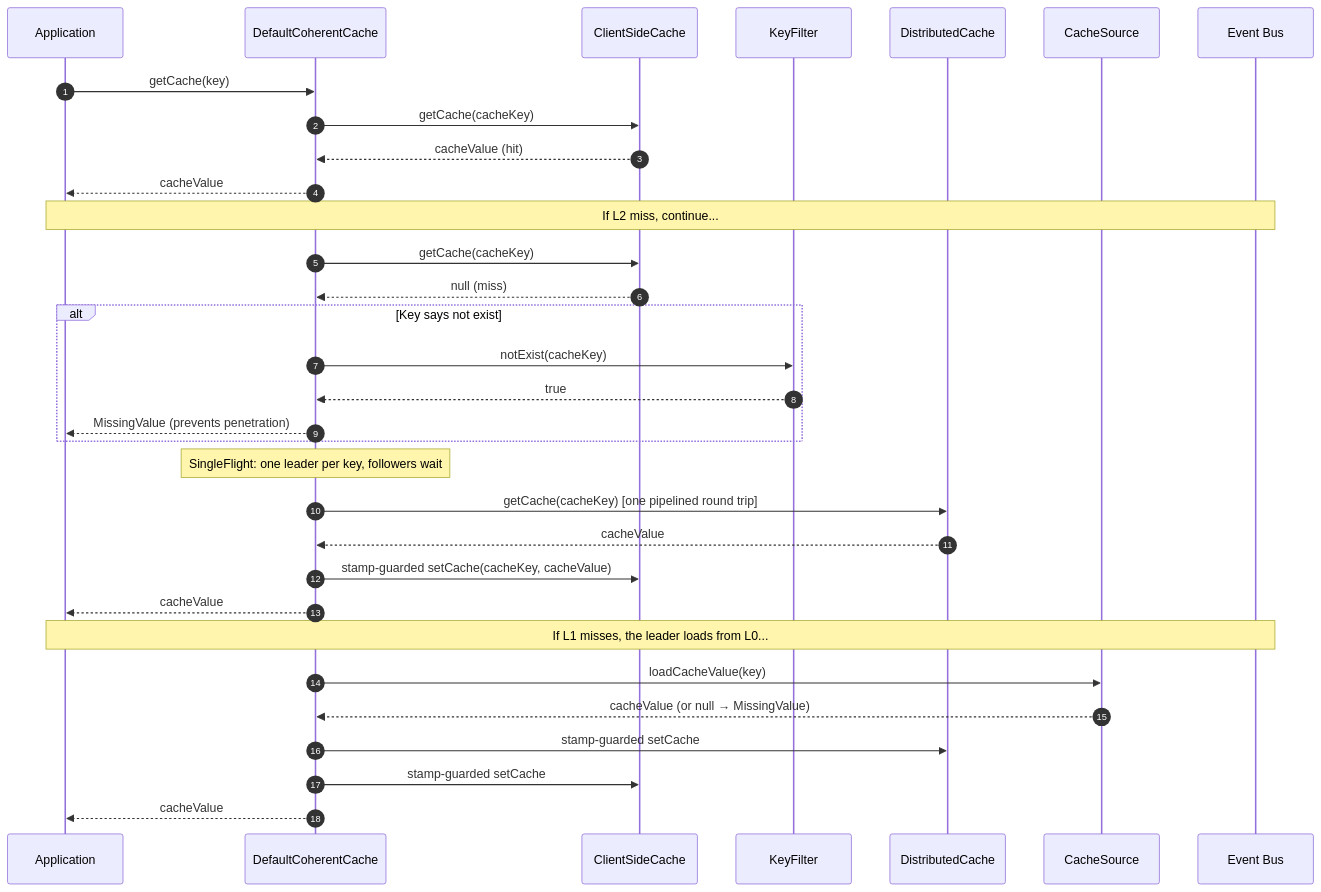
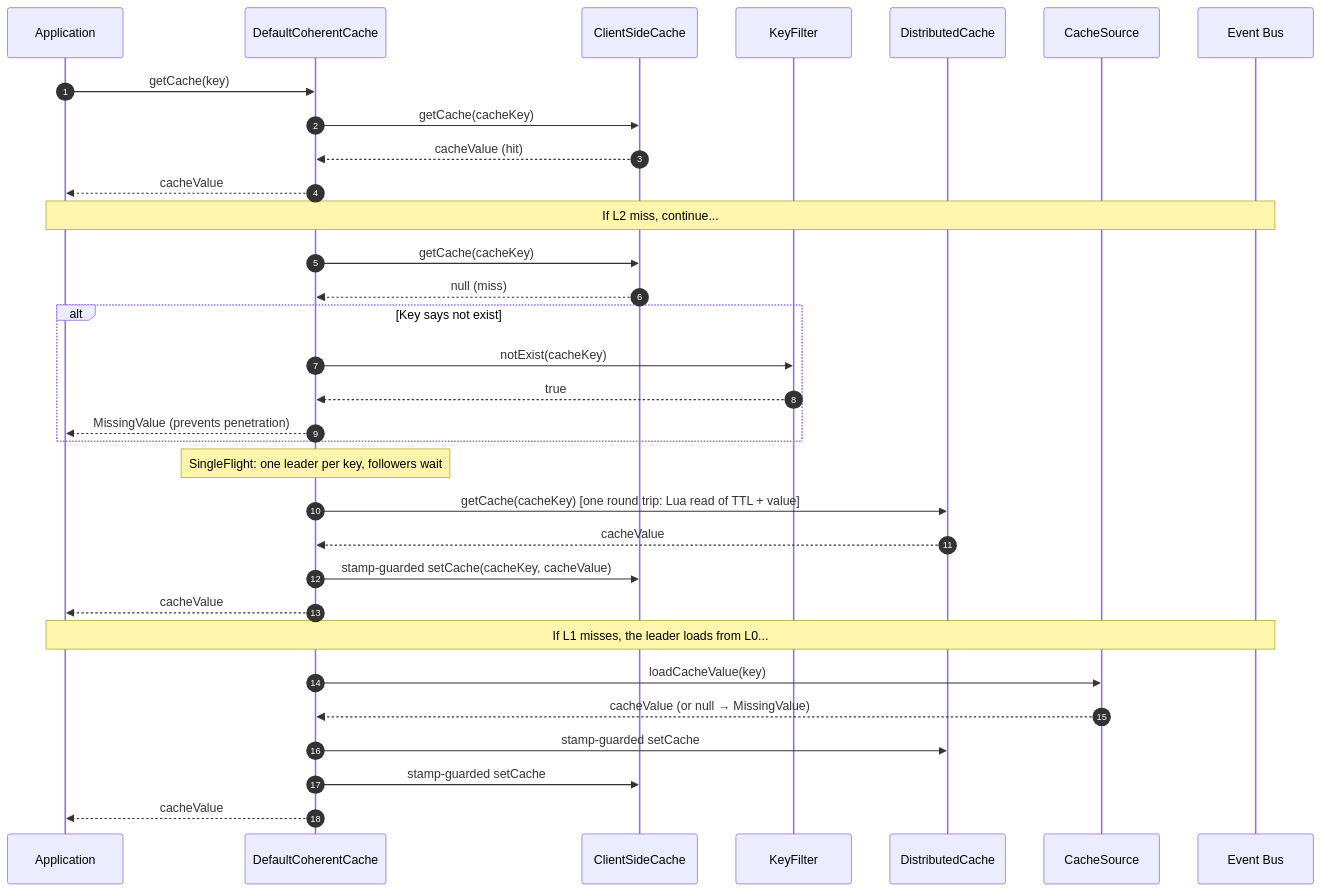
One commit to Ahoo-Wang/CoCache changed the third of 3 diagrams in wiki/architecture/index.md. Above: the diagram before and after it, drawn with Mermaid. The commit also changed 45 other files, not shown here.

````diff
--- a/wiki/architecture/index.md
+++ b/wiki/architecture/index.md
@@ -118,39 +118,39 @@
 ```mermaid
 sequenceDiagram
 autonumber
     participant App as Application
     participant CC as DefaultCoherentCache
     participant L2 as ClientSideCache
     participant KF as KeyFilter
     participant L1 as DistributedCache
     participant L0 as CacheSource
     participant EB as Event Bus
 
     App->>CC: getCache(key)
     CC->>L2: getCache(cacheKey)
     L2-->>CC: cacheValue (hit)
     CC-->>App: cacheValue
 
     Note over App,EB: If L2 miss, continue...
     CC->>L2: getCache(cacheKey)
     L2-->>CC: null (miss)
 
     alt Key says not exist
         CC->>KF: notExist(cacheKey)
         KF-->>CC: true
         CC-->>App: MissingValue (prevents penetration)
     end
 
     Note over CC: SingleFlight: one leader per key, followers wait
-    CC->>L1: getCache(cacheKey) [one pipelined round trip]
+    CC->>L1: getCache(cacheKey) [one round trip: Lua read of TTL + value]
     L1-->>CC: cacheValue
     CC->>L2: stamp-guarded setCache(cacheKey, cacheValue)
     CC-->>App: cacheValue
 
     Note over App,EB: If L1 misses, the leader loads from L0...
     CC->>L0: loadCacheValue(key)
     L0-->>CC: cacheValue (or null → MissingValue)
     CC->>L1: stamp-guarded setCache
     CC->>L2: stamp-guarded setCache
     CC-->>App: cacheValue
 ```
````
